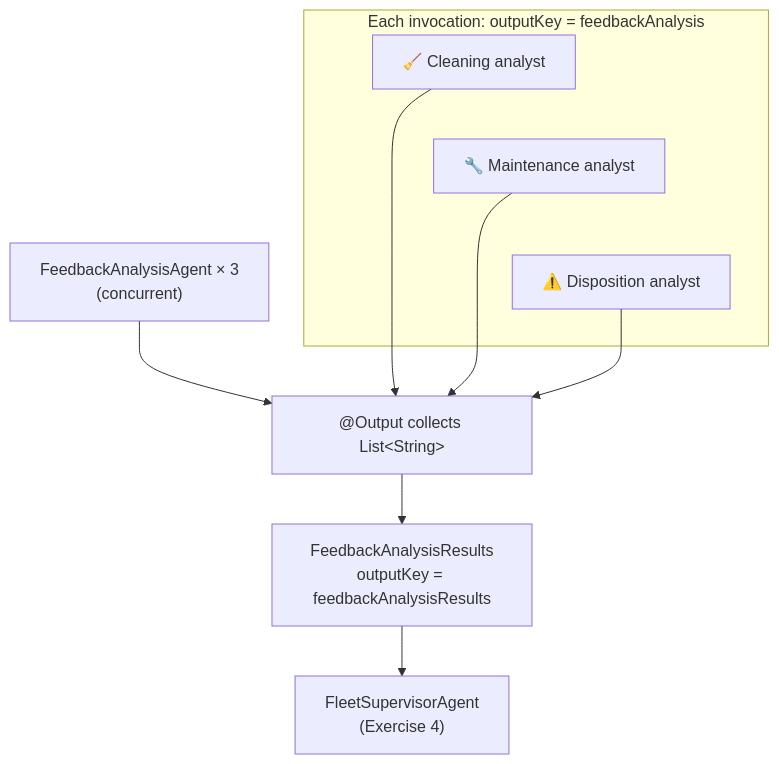
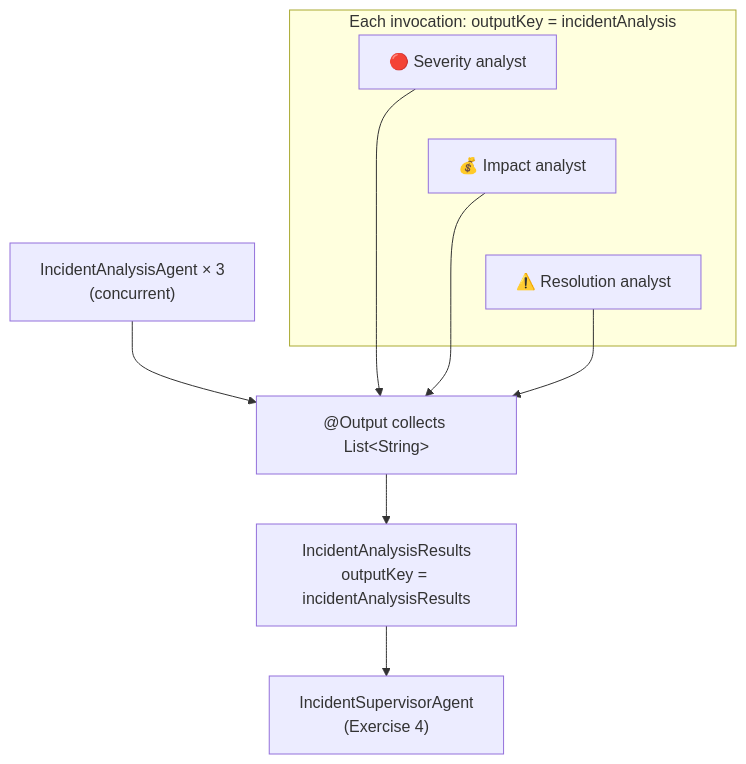
Before and after one commit to danieloh30/techxchange-2026-quarkus-bob-lab: the diagram in docs/03-parallel-workflow/START_HERE.md, drawn with Mermaid. The commit also changed other lines of this file and 366 other files, not shown here.

````diff
--- a/docs/03-parallel-workflow/START_HERE.md
+++ b/docs/03-parallel-workflow/START_HERE.md
@@ -28,13 +28,13 @@
 ```mermaid
 flowchart TD
-    A["FeedbackAnalysisAgent × 3<br/>(concurrent)"] --> B["@Output collects List&lt;String&gt;"]
-    B --> C["FeedbackAnalysisResults<br/>outputKey = feedbackAnalysisResults"]
-    C --> D["FleetSupervisorAgent<br/>(Exercise 4)"]
+    A["IncidentAnalysisAgent × 3<br/>(concurrent)"] --> B["@Output collects List&lt;String&gt;"]
+    B --> C["IncidentAnalysisResults<br/>outputKey = incidentAnalysisResults"]
+    C --> D["IncidentSupervisorAgent<br/>(Exercise 4)"]
 
-    subgraph parallel["Each invocation: outputKey = feedbackAnalysis"]
-        A1["🧹 Cleaning analyst"] ~~~ A2["🔧 Maintenance analyst"] ~~~ A3["⚠️ Disposition analyst"]
+    subgraph parallel["Each invocation: outputKey = incidentAnalysis"]
+        A1["🔴 Severity analyst"] ~~~ A2["💰 Impact analyst"] ~~~ A3["⚠️ Resolution analyst"]
     end
     A1 --> B
     A2 --> B
     A3 --> B
 ```
````
